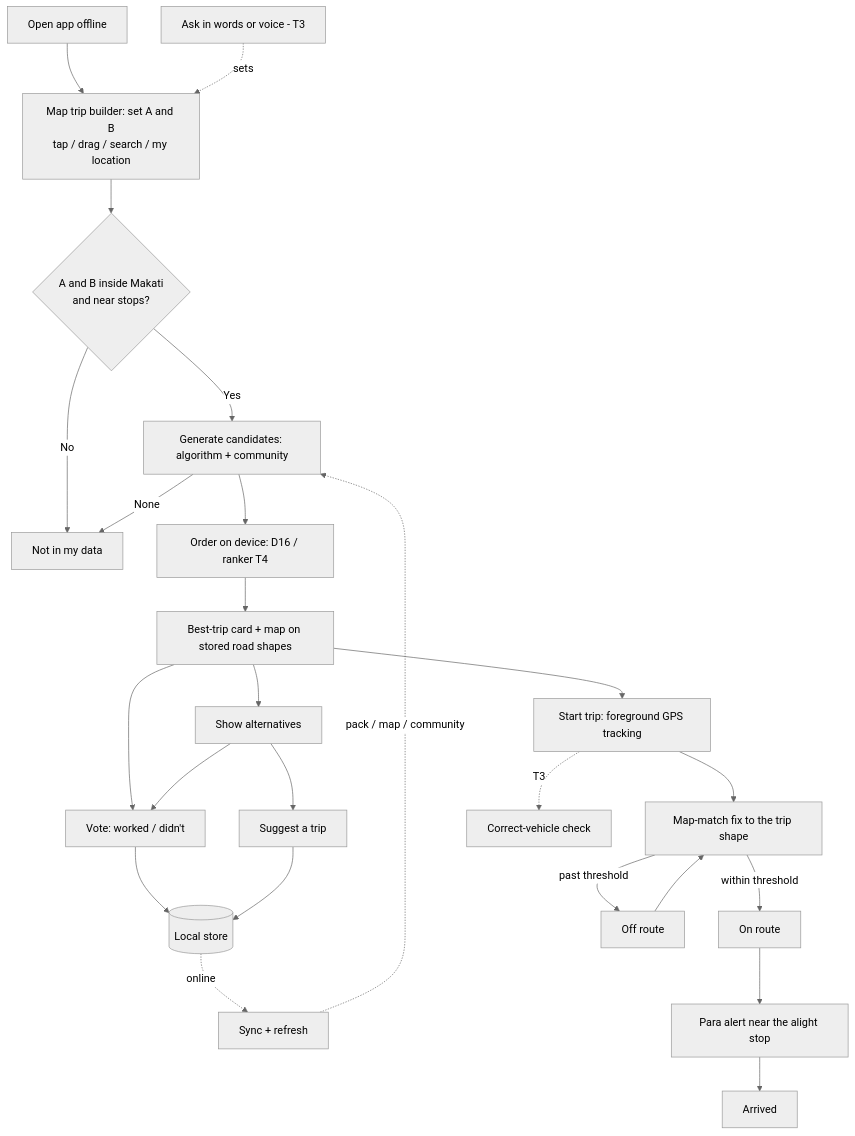
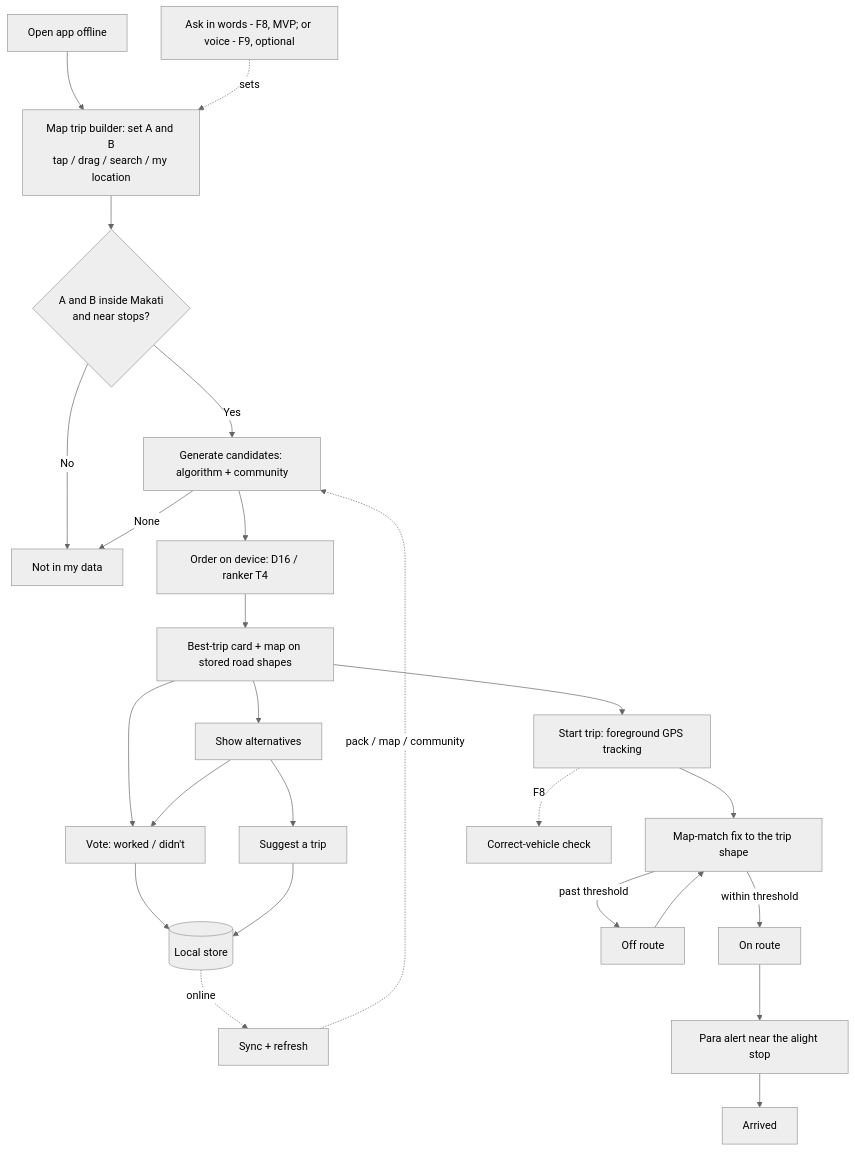
Before and after one commit to geadlydrim/appbuildersph-hackathon: the diagram in docs/fmd/prd-commutenity.md, drawn with Mermaid (neutral theme). The commit also changed other lines of this file and 19 other files, not shown here.

````diff
--- a/docs/fmd/prd-commutenity.md
+++ b/docs/fmd/prd-commutenity.md
@@ -74,27 +74,27 @@
 ```mermaid
 flowchart TD
     A[Open app offline] --> B[Map trip builder: set A and B<br/>tap / drag / search / my location]
-    W[Ask in words or voice - T3] -.sets.-> B
+    W[Ask in words - F8, MVP; or voice - F9, optional] -.sets.-> B
     B --> C{A and B inside Makati<br/>and near stops?}
     C -->|No| N[Not in my data]
     C -->|Yes| E[Generate candidates: algorithm + community]
     E -->|None| N
     E --> F[Order on device: D16 / ranker T4]
     F --> G[Best-trip card + map on stored road shapes]
     G --> H[Show alternatives]
     G --> V[Vote: worked / didn't]
     H --> V
     H --> S[Suggest a trip]
     V --> Q[(Local store)]
     S --> Q
     Q -.online.-> Y[Sync + refresh]
     Y -.pack / map / community.-> E
     G --> T[Start trip: foreground GPS tracking]
     T --> M[Map-match fix to the trip shape]
     M -->|within threshold| R[On route]
     M -->|past threshold| O[Off route]
     O --> M
     R --> P[Para alert near the alight stop]
     P --> Z[Arrived]
-    T -.T3.-> K[Correct-vehicle check]
+    T -.F8.-> K[Correct-vehicle check]
 ```
````
